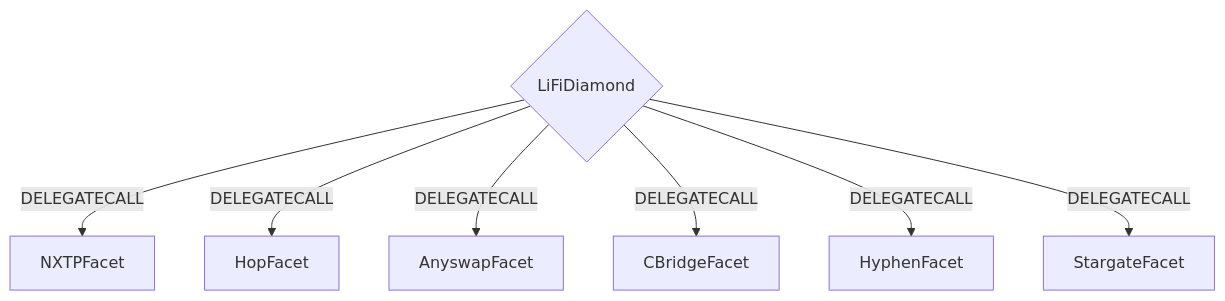
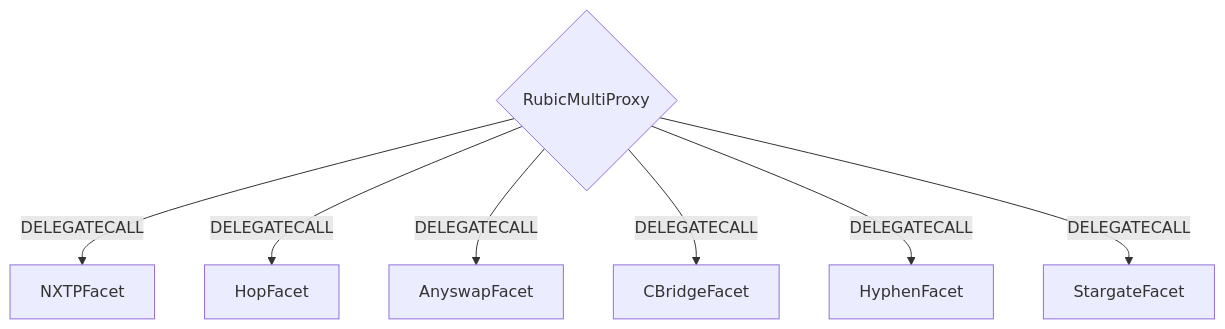
One commit to Cryptorubic/multi-proxy-rubic changed the first of 2 diagrams in README.md. Above: the diagram before and after it, drawn with Mermaid. The commit also changed other lines of this file and 21 other files, not shown here.

````diff
--- a/README.md
+++ b/README.md
@@ -109,9 +108,9 @@
 ```mermaid
 graph TD;
-    D{LiFiDiamond}-- DELEGATECALL -->NXTPFacet;
-    D{LiFiDiamond}-- DELEGATECALL -->HopFacet;
-    D{LiFiDiamond}-- DELEGATECALL -->AnyswapFacet;
-    D{LiFiDiamond}-- DELEGATECALL -->CBridgeFacet;
-    D{LiFiDiamond}-- DELEGATECALL -->HyphenFacet;
-    D{LiFiDiamond}-- DELEGATECALL -->StargateFacet;
+    D{RubicMultiProxy}-- DELEGATECALL -->NXTPFacet;
+    D{RubicMultiProxy}-- DELEGATECALL -->HopFacet;
+    D{RubicMultiProxy}-- DELEGATECALL -->AnyswapFacet;
+    D{RubicMultiProxy}-- DELEGATECALL -->CBridgeFacet;
+    D{RubicMultiProxy}-- DELEGATECALL -->HyphenFacet;
+    D{RubicMultiProxy}-- DELEGATECALL -->StargateFacet;
 ```
````
